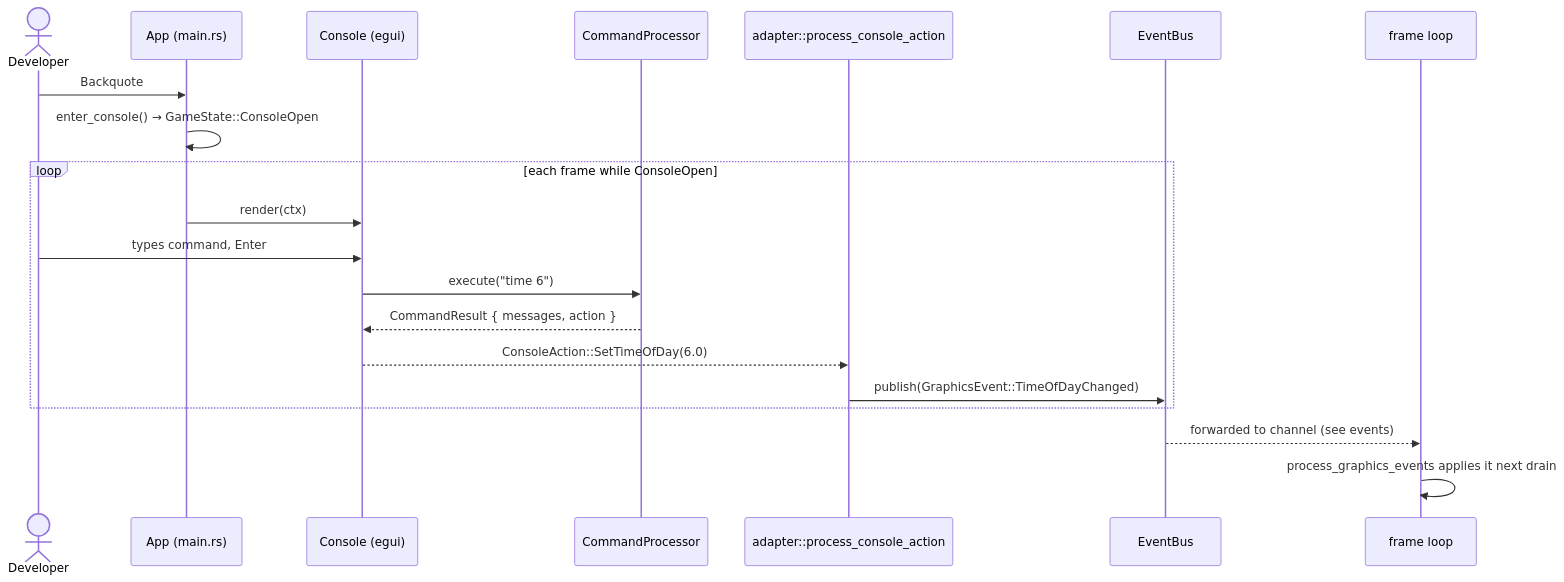
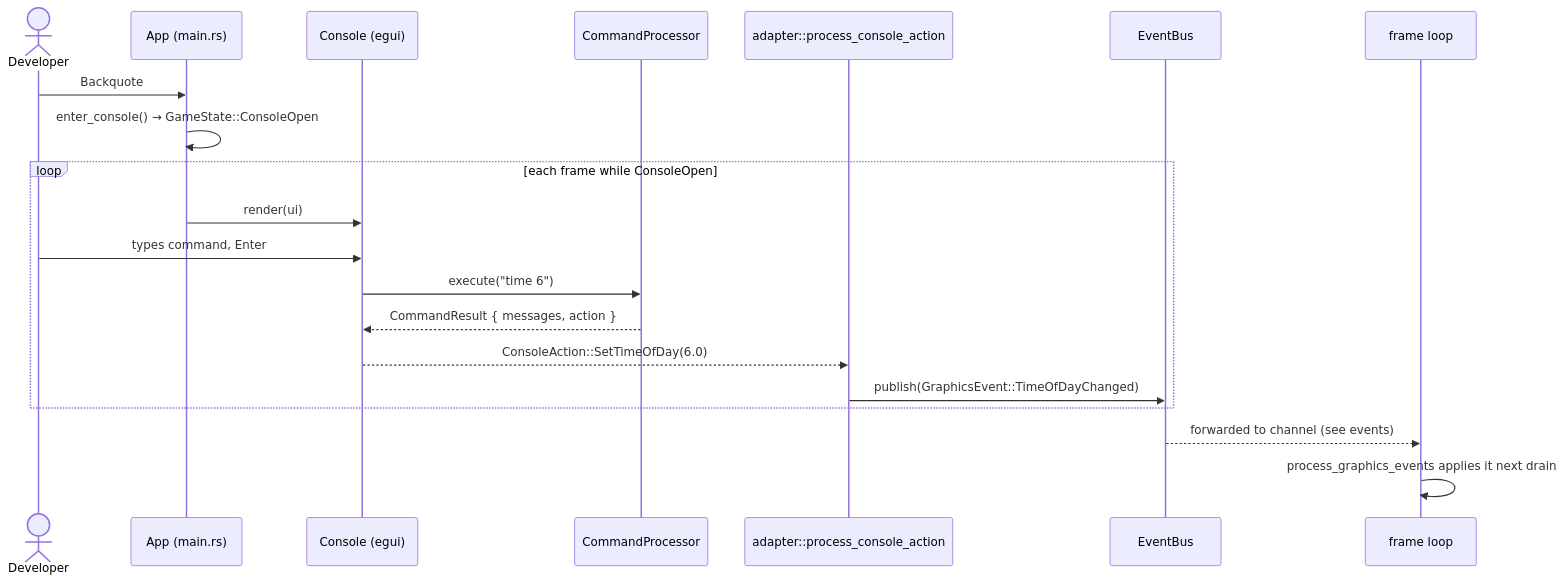
The diagram in wiki/architecture/console.md (WrackedFella/moho), drawn with Mermaid before and after one commit. The commit also changed 25 other files, not shown here.

````diff
--- a/wiki/architecture/console.md
+++ b/wiki/architecture/console.md
@@ -12,23 +12,23 @@
 ```mermaid
 sequenceDiagram
     actor U as Developer
     participant App as App (main.rs)
     participant C as Console (egui)
     participant CP as CommandProcessor
     participant A as adapter::process_console_action
     participant Bus as EventBus
     participant L as frame loop
 
     U->>App: Backquote
     App->>App: enter_console() → GameState::ConsoleOpen
     loop each frame while ConsoleOpen
-        App->>C: render(ctx)
+        App->>C: render(ui)
         U->>C: types command, Enter
         C->>CP: execute("time 6")
         CP-->>C: CommandResult { messages, action }
         C-->>A: ConsoleAction::SetTimeOfDay(6.0)
         A->>Bus: publish(GraphicsEvent::TimeOfDayChanged)
     end
     Bus-->>L: forwarded to channel (see events)
     L->>L: process_graphics_events applies it next drain
 ```
````
